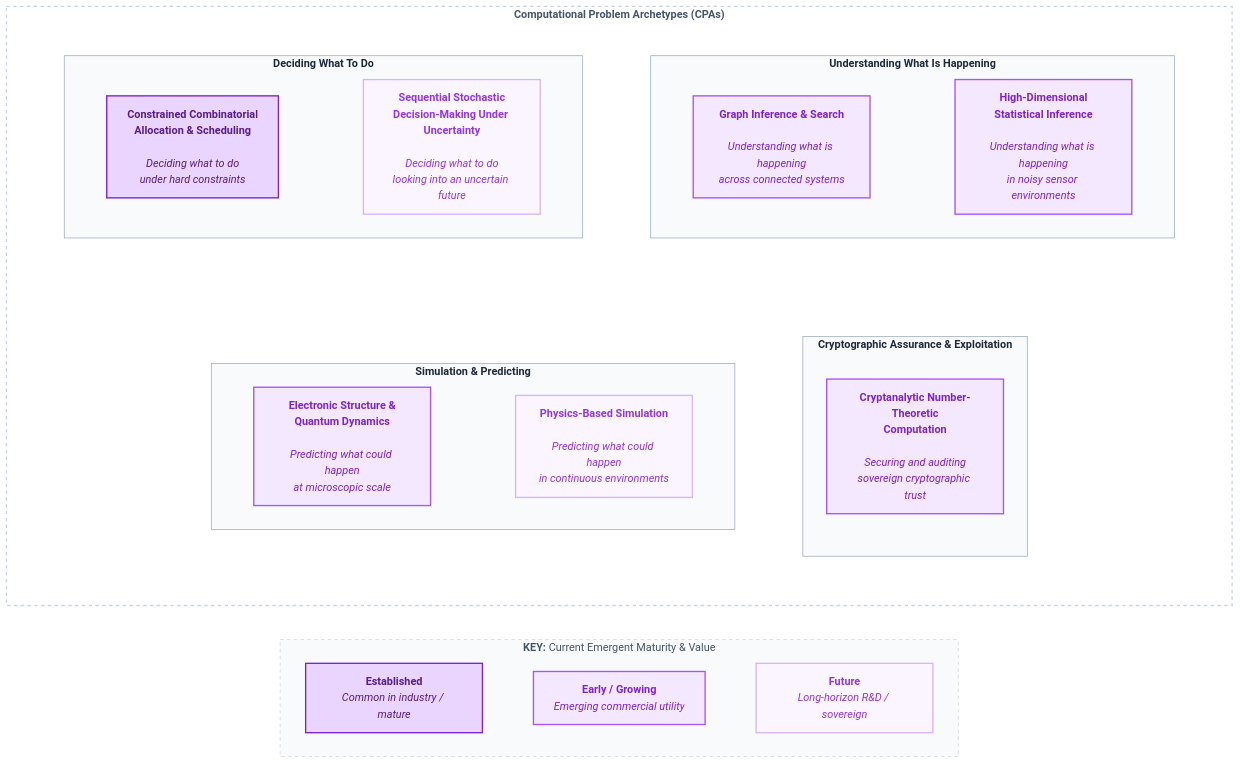
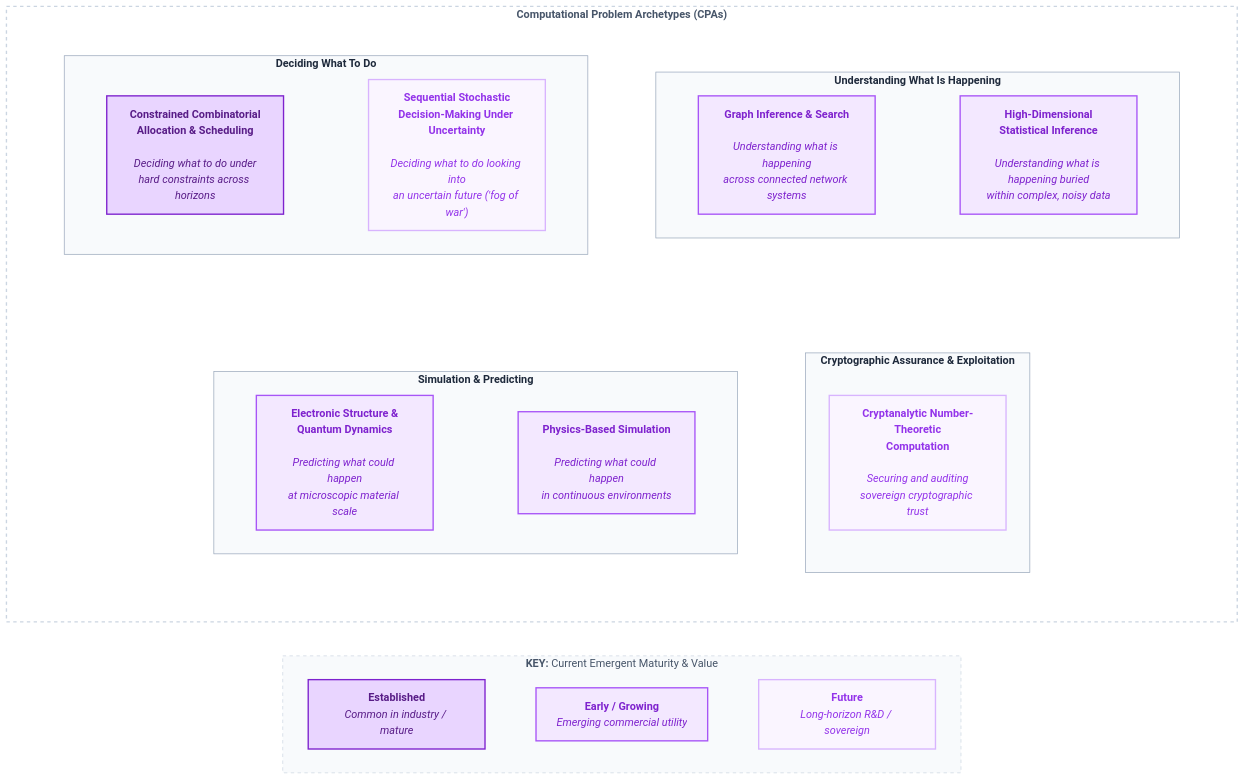
Before and after one commit to baddogdown/knowledge: the second of 6 diagrams in quantum/The_Emergent_Algorithmic_Bridge.md, drawn with Mermaid. The commit also changed other lines of this file, not shown here.

Commit message:
Updates to 3 phase algo bridge

````diff
--- a/quantum/The_Emergent_Algorithmic_Bridge.md
+++ b/quantum/The_Emergent_Algorithmic_Bridge.md
@@ -125,71 +125,71 @@
 ```mermaid
 flowchart TB
 
     subgraph CPAS ["<b>Computational Problem Archetypes (CPAs)</b>"]
         direction TB
         
         %% Top Row (2 Boxes)
         subgraph ROW1 [" "]
             direction LR
             subgraph G1 ["<b>Deciding What To Do</b>"]
                 direction LR
-                CPA1["<b>Constrained Combinatorial<br/>Allocation & Scheduling</b><br/><br/><i>Deciding what to do<br/>under hard constraints</i>"]
-                CPA2["<b>Sequential Stochastic<br/>Decision-Making Under Uncertainty</b><br/><br/><i>Deciding what to do<br/>looking into an uncertain future</i>"]
+                CPA1["<b>Constrained Combinatorial<br/>Allocation & Scheduling</b><br/><br/><i>Deciding what to do under<br/>hard constraints across horizons</i>"]
+                CPA2["<b>Sequential Stochastic<br/>Decision-Making Under Uncertainty</b><br/><br/><i>Deciding what to do looking into<br/>an uncertain future ('fog of war')</i>"]
                 CPA1 ~~~ CPA2
             end
             subgraph G2 ["<b>Understanding What Is Happening</b>"]
                 direction LR
-                CPA3["<b>Graph Inference & Search</b><br/><br/><i>Understanding what is happening<br/>across connected systems</i>"]
-                CPA4["<b>High-Dimensional<br/>Statistical Inference</b><br/><br/><i>Understanding what is happening<br/>in noisy sensor environments</i>"]
+                CPA3["<b>Graph Inference & Search</b><br/><br/><i>Understanding what is happening<br/>across connected network systems</i>"]
+                CPA4["<b>High-Dimensional<br/>Statistical Inference</b><br/><br/><i>Understanding what is happening buried<br/>within complex, noisy data</i>"]
                 CPA3 ~~~ CPA4
             end
             G1 ~~~ G2
         end
 
         %% Bottom Row (2 Boxes)
         subgraph ROW2 [" "]
             direction LR
             subgraph G3 ["<b>Simulation & Predicting</b>"]
                 direction LR
-                CPA5["<b>Electronic Structure &<br/>Quantum Dynamics</b><br/><br/><i>Predicting what could happen<br/>at microscopic scale</i>"]
+                CPA5["<b>Electronic Structure &<br/>Quantum Dynamics</b><br/><br/><i>Predicting what could happen<br/>at microscopic material scale</i>"]
                 CPA6["<b>Physics-Based Simulation</b><br/><br/><i>Predicting what could happen<br/>in continuous environments</i>"]
                 CPA5 ~~~ CPA6
             end
             subgraph G4 ["<b>Cryptographic Assurance & Exploitation</b>"]
                 direction TB
                 CPA7["<b>Cryptanalytic Number-Theoretic<br/>Computation</b><br/><br/><i>Securing and auditing<br/>sovereign cryptographic trust</i>"]
             end
             G3 ~~~ G4
         end
 
         ROW1 ~~~ ROW2
     end
 
     subgraph KEY ["<b>KEY:</b> Current Emergent Maturity & Value"]
         direction LR
         K1["<b>Established</b><br/><i>Common in industry / mature</i>"]
         K2["<b>Early / Growing</b><br/><i>Emerging commercial utility</i>"]
         K3["<b>Future</b><br/><i>Long-horizon R&D / sovereign</i>"]
         K1 ~~~ K2 ~~~ K3
     end
 
     CPAS ~~~ KEY
 
     %% Styling Classes for Maturity
     classDef strong fill:#e9d5ff,stroke:#7e22ce,stroke-width:2px,color:#581c87
     classDef medium fill:#f3e8ff,stroke:#a855f7,stroke-width:2px,color:#7e22ce
     classDef weak fill:#faf5ff,stroke:#d8b4fe,stroke-width:2px,color:#9333ea
 
     class CPA1,K1 strong
-    class CPA3,CPA4,CPA5,CPA7,K2 medium
-    class CPA2,CPA6,K3 weak
+    class CPA3,CPA4,CPA5,CPA6,K2 medium
+    class CPA2,CPA7,K3 weak
 
     style CPAS fill:#ffffff,stroke:#cbd5e1,stroke-width:2px,stroke-dasharray: 5 5,color:#475569
     style ROW1 fill:none,stroke:none
     style ROW2 fill:none,stroke:none
     style G1 fill:#f8fafc,stroke:#94a3b8,stroke-width:1px,color:#1e293b
     style G2 fill:#f8fafc,stroke:#94a3b8,stroke-width:1px,color:#1e293b
     style G3 fill:#f8fafc,stroke:#94a3b8,stroke-width:1px,color:#1e293b
     style G4 fill:#f8fafc,stroke:#94a3b8,stroke-width:1px,color:#1e293b
     style KEY fill:#f8fafc,stroke:#cbd5e1,stroke-width:1px,stroke-dasharray: 5 5,color:#475569
 ```
````
